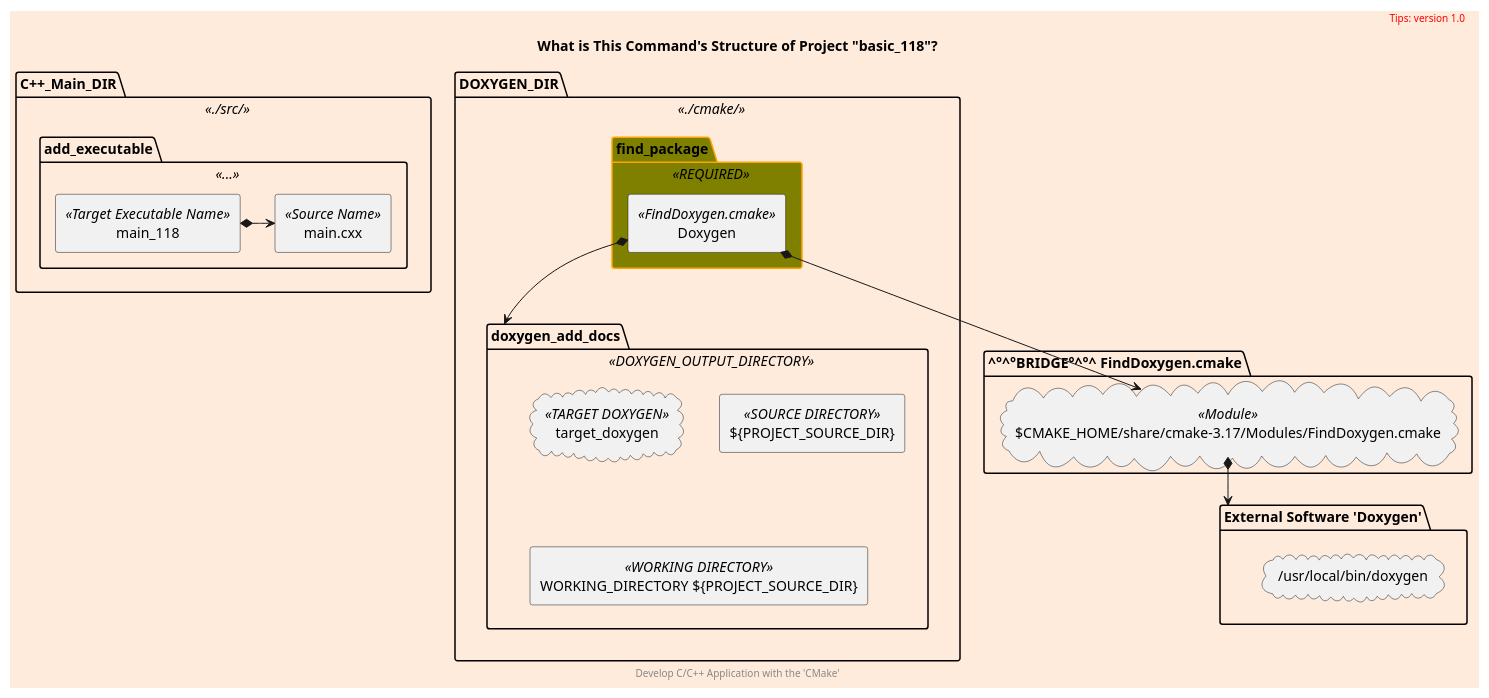
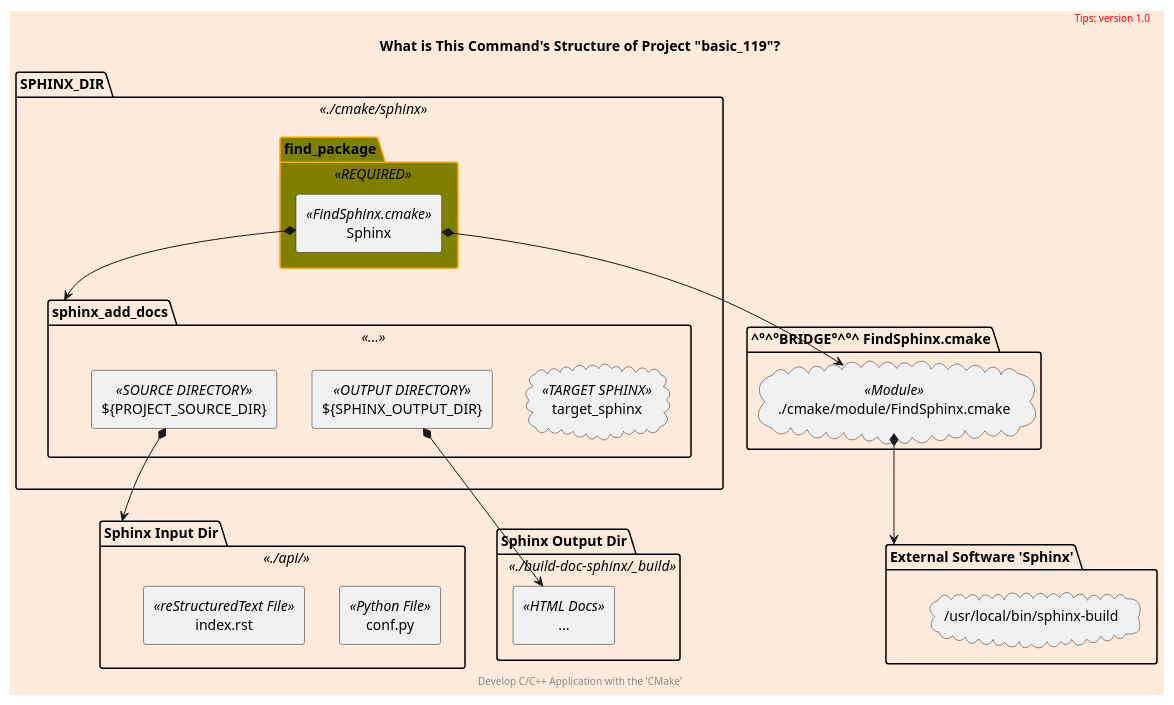
Before and after one commit to cnruby/w3h1_cmake: the diagram in docs/what-command.puml, drawn with PlantUML. The commit also changed 30 other files, not shown here.

```diff
--- a/docs/what-command.puml
+++ b/docs/what-command.puml
@@ -1,58 +1,61 @@
 @startuml
 scale 800 width
 skinparam backgroundColor #FFEBDC
 scale 1
 
 skinparam Folder {
   backgroundColor Olive
   borderColor orange
 }
 
 'left to right direction
-package C++_Main_DIR <<./src/>> as cxx_main {
-    package add_executable <<...>> {
-        rectangle main_118 <<Target Executable Name>> as main_118
-        rectangle main.cxx <<Source Name>> as main_cxx
-    }
-    main_118 *-right-> main_cxx
-}
-
-package DOXYGEN_DIR <<./cmake/>> as doxygen_dir {
-    package doxygen_add_docs <<DOXYGEN_OUTPUT_DIRECTORY>> {
-        cloud target_doxygen <<TARGET DOXYGEN>> as target_doxygen
+package SPHINX_DIR <<./cmake/sphinx>> as sphinx_dir {
+    package sphinx_add_docs <<...>> {
+        cloud target_sphinx <<TARGET SPHINX>> as target_sphinx
         rectangle "${PROJECT_SOURCE_DIR}" <<SOURCE DIRECTORY>> as source_directory
-        rectangle "WORKING_DIRECTORY ${PROJECT_SOURCE_DIR}" <<WORKING DIRECTORY>> as working_directory
+        rectangle "${SPHINX_OUTPUT_DIR}" <<OUTPUT DIRECTORY>> as output_directory
     }
 
     Folder find_package <<REQUIRED>> as find_package {
-        rectangle Doxygen <<FindDoxygen.cmake>> as Doxygen
+        rectangle Sphinx <<FindSphinx.cmake>> as Sphinx
     }
 
-    Doxygen *--> doxygen_add_docs
+    Sphinx *--> sphinx_add_docs
 }
 
-package "^°^°BRIDGE°^°^ FindDoxygen.cmake" as FindDoxygen {
-    'CMAKE_HOME=/Applications/CMake.app/Contents/
-    cloud "$CMAKE_HOME/share/cmake-3.17/Modules/FindDoxygen.cmake" <<Module>> as find_doxygen
+package "Sphinx Input Dir" <<./api/>> as sphinx_input_dir {
+    rectangle conf.py <<Python File>> as conf_py
+    rectangle index.rst <<reStructuredText File>> as index_rst
 }
 
-package "External Software 'Doxygen'" as doxygen {
-    cloud "/usr/local/bin/doxygen"
+package "Sphinx Output Dir" <<./build-doc-sphinx/_build>> {
+    rectangle "..." <<HTML Docs>> as sphinx_output_dir
 }
 
 
-Doxygen *--> find_doxygen
-find_doxygen *--> doxygen
+package "^°^°BRIDGE°^°^ FindSphinx.cmake" as FindSphinx {
+    cloud "./cmake/module/FindSphinx.cmake" <<Module>> as find_sphinx
+}
+
+package "External Software 'Sphinx'" as sphinx_build {
+    cloud "/usr/local/bin/sphinx-build"
+}
+
+
+Sphinx *--> find_sphinx
+find_sphinx *--> sphinx_build
+source_directory *--> sphinx_input_dir
+output_directory *--> sphinx_output_dir
 
 
 title
-    What is This Command's Structure of Project "basic_118"?
+    What is This Command's Structure of Project "basic_119"?
 end title
 
 header
 <font color=red>Tips: version 1.0</font>
 endheader
 
 center footer Develop C/C++ Application with the 'CMake'
 
 @enduml
```
